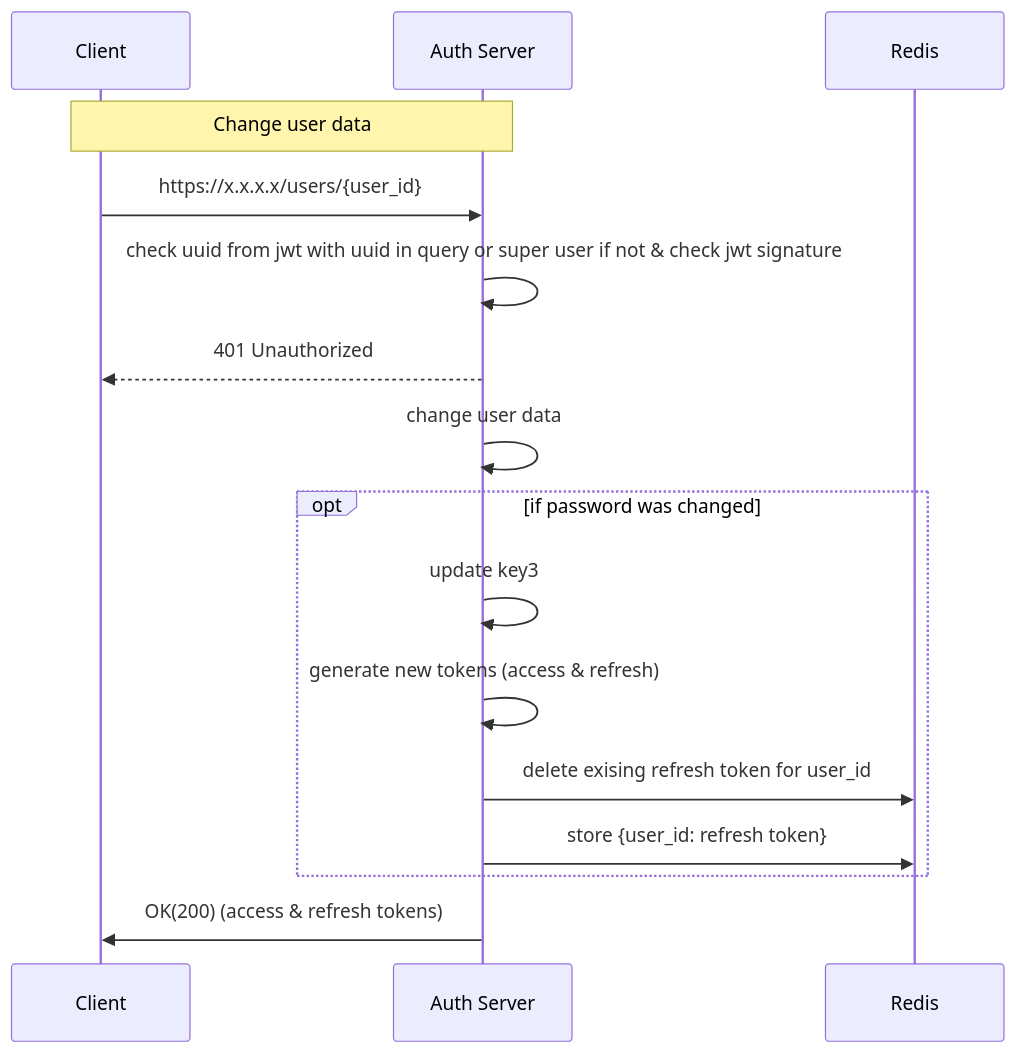
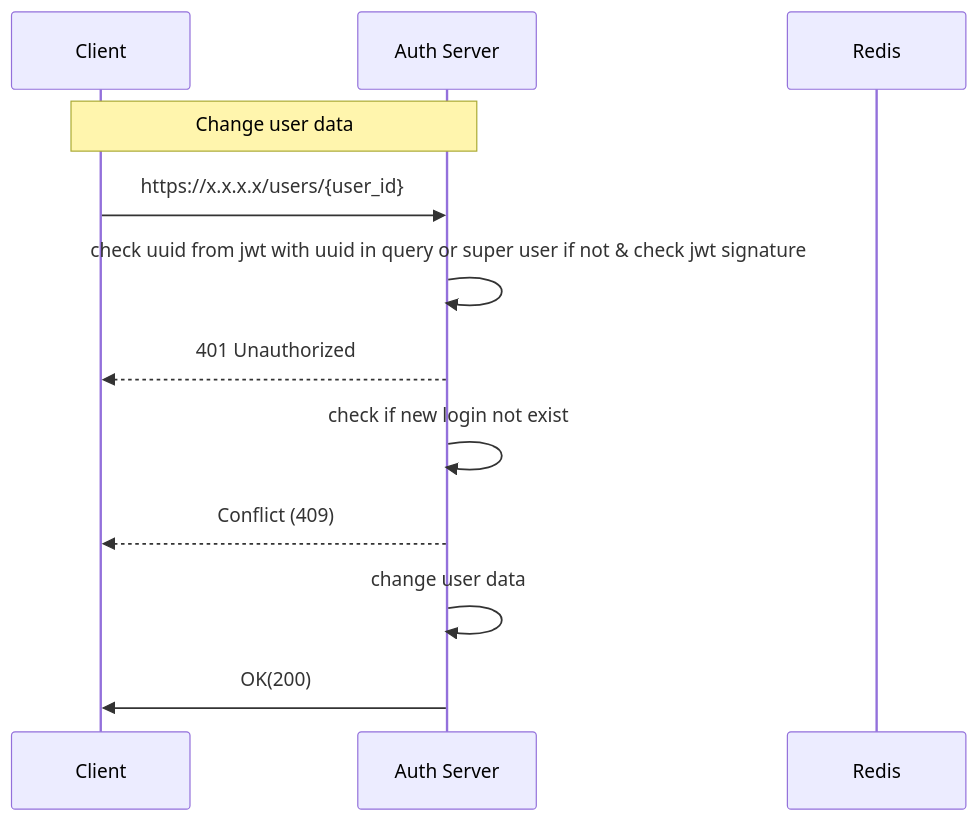
The diagram in Docs/1_users/5_change_user_data.md (veselij/Auth_sprint_6_team_5), drawn with Mermaid before and after one commit. The commit also changed other lines of this file and 13 other files, not shown here.

````diff
--- a/Docs/1_users/5_change_user_data.md
+++ b/Docs/1_users/5_change_user_data.md
@@ -1,20 +1,16 @@
 ```mermaid
 sequenceDiagram
     participant C as Client  
     participant S as Auth Server
     participant R as Redis
 
 	Note over C, S: Change user data
 	C->>S: https://x.x.x.x/users/{user_id}
 	S->>S: check uuid from jwt with uuid in query or super user if not & check jwt signature
 	S-->>C: 401 Unauthorized
+	S->>S: check if new login not exist
+	S-->>C: Conflict (409)
 	S->>S: change user data
-	opt if password was changed
-	S->>S: update key3
-	S->>S: generate new tokens (access & refresh)
-	S->>R: delete exising refresh token for user_id
-	S->>R: store {user_id: refresh token} 
-	end
-	S->>C: OK(200) (access & refresh tokens)
+	S->>C: OK(200)
 	
 ```
````
